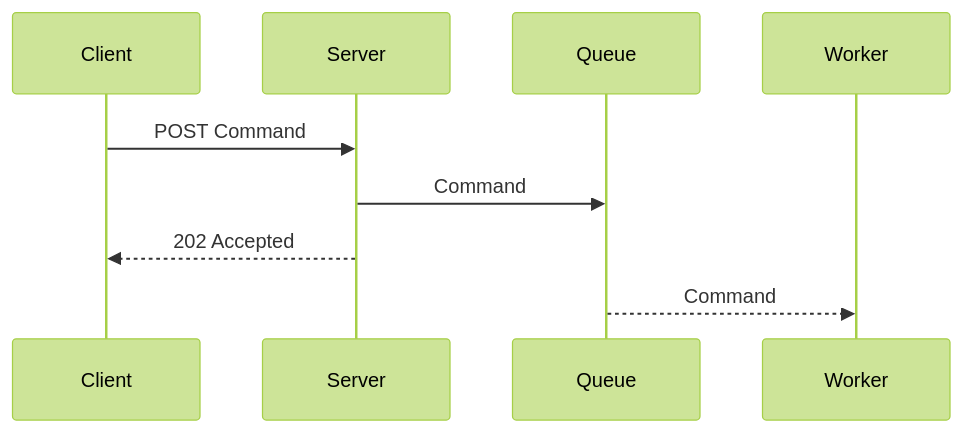
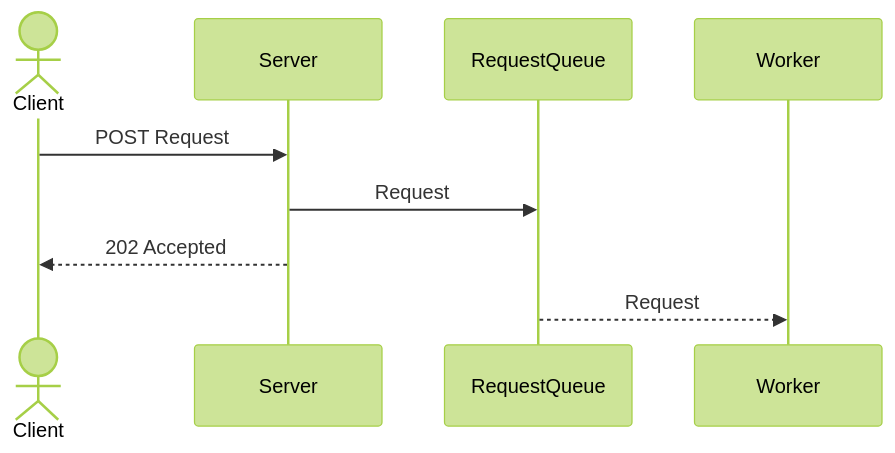
One commit to hhk7734/wiki changed the first of 5 diagrams in docs/lang/design/asynchronous-request-response/asynchronous-request-response.mdx. Above: the diagram before and after it, drawn with Mermaid (forest theme). The commit also changed other lines of this file and 10 other files, not shown here.

````diff
--- a/docs/lang/design/asynchronous-request-response/asynchronous-request-response.mdx
+++ b/docs/lang/design/asynchronous-request-response/asynchronous-request-response.mdx
@@ -27,12 +25,12 @@
 ```mermaid
 sequenceDiagram
-  participant Client
+  actor Client
   participant Server
-  participant Queue
+  participant RequestQueue
   participant Worker
 
-  Client->>Server: POST Command
-  Server->>Queue: Command
+  Client->>Server: POST Request
+  Server->>RequestQueue: Request
   Server-->>Client: 202 Accepted
-  Queue-->>Worker: Command
+  RequestQueue-->>Worker: Request
 ```
````
